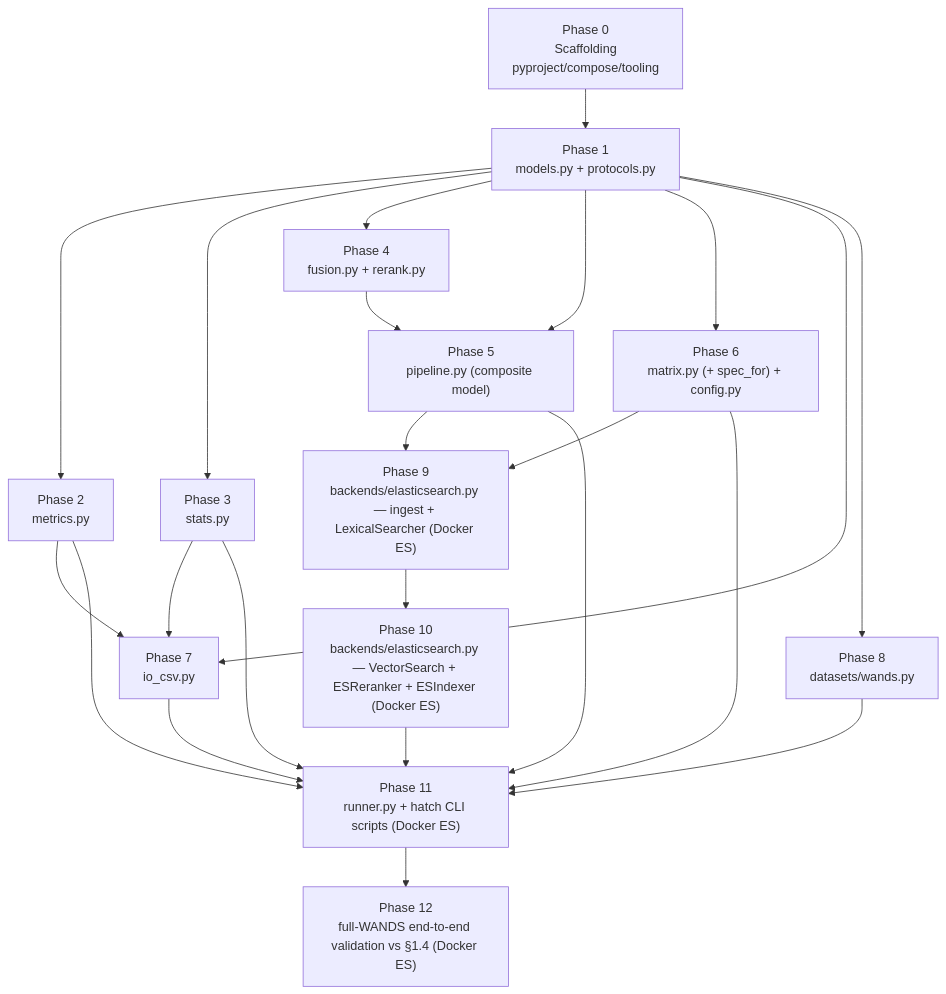
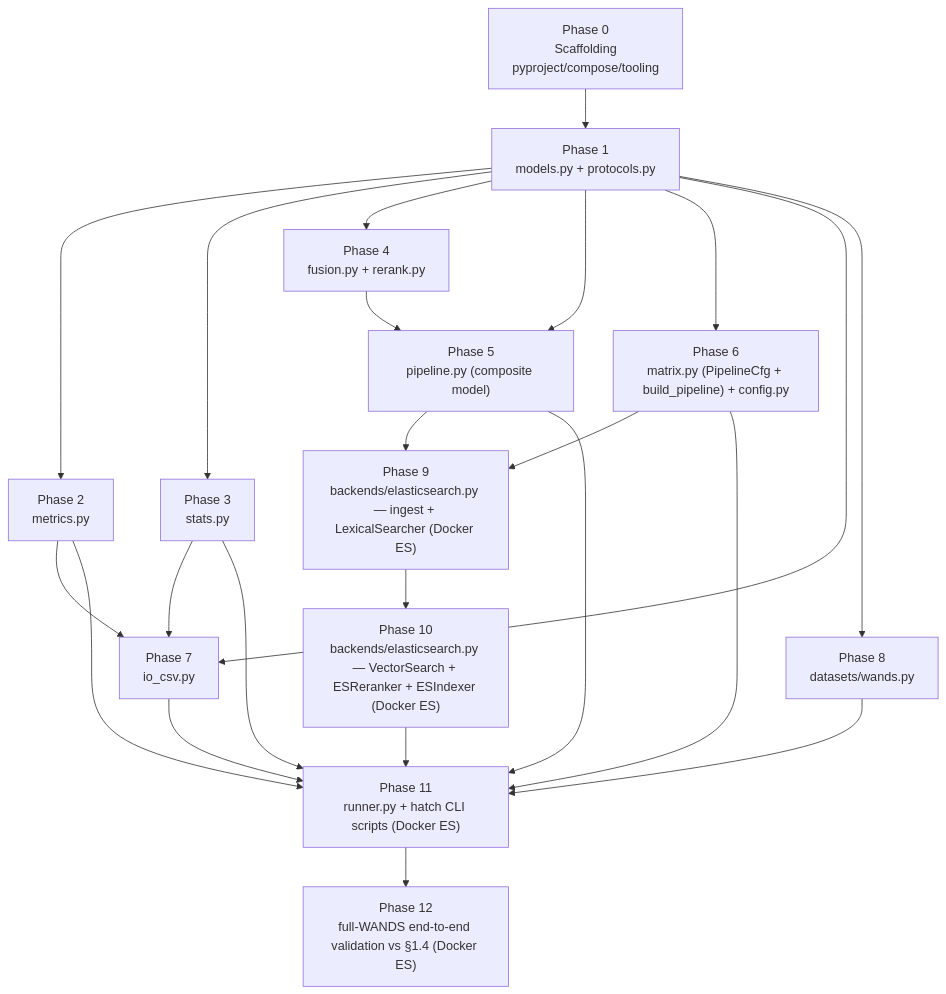
One commit to TensorOpt/search-rag-evaluation changed the diagram in docs/plan.md. Above: the diagram before and after it, drawn with Mermaid. The commit also changed other lines of this file and 11 other files, not shown here.

````diff
--- a/docs/plan.md
+++ b/docs/plan.md
@@ -43,25 +43,25 @@
 ```mermaid
 flowchart TB
   P0["Phase 0<br/>Scaffolding<br/>pyproject/compose/tooling"] --> P1["Phase 1<br/>models.py + protocols.py"]
   P1 --> P2["Phase 2<br/>metrics.py"]
   P1 --> P3["Phase 3<br/>stats.py"]
   P1 --> P4["Phase 4<br/>fusion.py + rerank.py"]
   P1 --> P5["Phase 5<br/>pipeline.py (composite model)"]
   P4 --> P5
-  P1 --> P6["Phase 6<br/>matrix.py (+ spec_for) + config.py"]
+  P1 --> P6["Phase 6<br/>matrix.py (PipelineCfg + build_pipeline) + config.py"]
   P1 --> P7["Phase 7<br/>io_csv.py"]
   P2 --> P7
   P3 --> P7
   P1 --> P8["Phase 8<br/>datasets/wands.py"]
   P5 --> P9["Phase 9<br/>backends/elasticsearch.py — ingest + LexicalSearcher (Docker ES)"]
   P6 --> P9
   P9 --> P10["Phase 10<br/>backends/elasticsearch.py — VectorSearch + ESReranker + ESIndexer (Docker ES)"]
   P2 --> P11["Phase 11<br/>runner.py + hatch CLI scripts (Docker ES)"]
   P3 --> P11
   P5 --> P11
   P6 --> P11
   P7 --> P11
   P8 --> P11
   P10 --> P11
   P11 --> P12["Phase 12<br/>full-WANDS end-to-end validation vs §1.4 (Docker ES)"]
 ```
````
